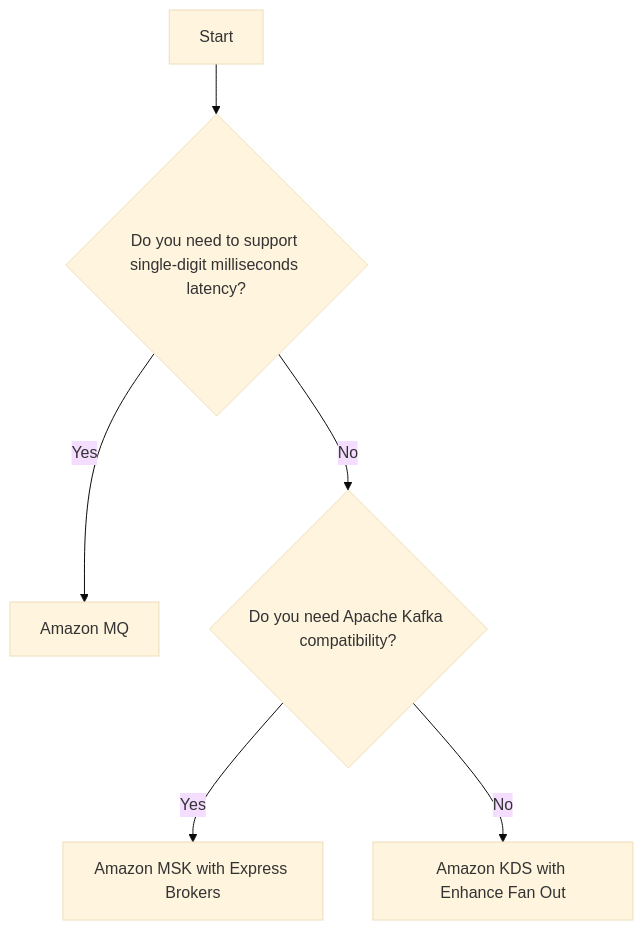
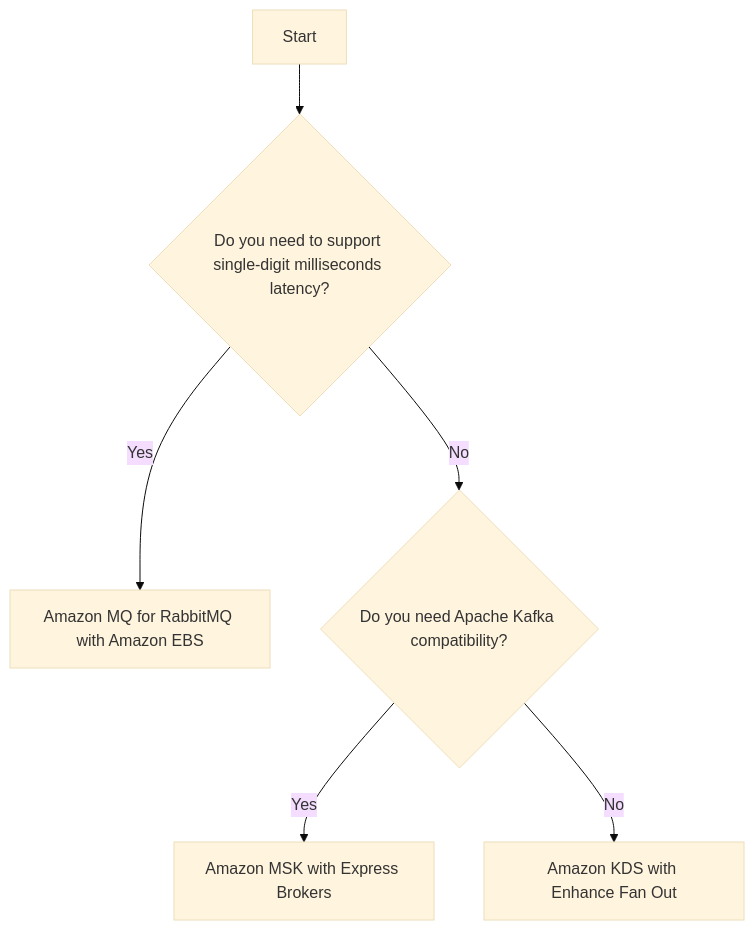
Before and after one commit to ivamax9/aws-decision-trees-low-latency-workloads: the diagram in 6.application_integration.md, drawn with Mermaid (base theme).

````diff
--- a/6.application_integration.md
+++ b/6.application_integration.md
@@ -5,11 +5,11 @@
 ```mermaid
 graph TD
     A[Start] --> B{Do you need to support single-digit milliseconds latency?}
-    B --> |Yes| B1[Amazon MQ]
-                click B1 "https://docs.aws.amazon.com/amazon-mq/latest/migration-guide/concept-chapter-about.html"
+    B --> |Yes| B1[Amazon MQ for RabbitMQ with Amazon EBS]
+                click B1 "[https://docs.aws.amazon.com/amazon-mq/latest/migration-guide/concept-chapter-about.html](https://docs.aws.amazon.com/amazon-mq/latest/developer-guide/rabbitmq-broker-architecture.html)"
     B --> |No| B2{Do you need Apache Kafka compatibility?}
     B2 --> |Yes| C1[Amazon MSK with Express Brokers]
                 click C1 "https://aws.amazon.com/blogs/aws/introducing-express-brokers-for-amazon-msk-to-deliver-high-throughput-and-faster-scaling-for-your-kafka-clusters/"
     B2 --> |No| C2[Amazon KDS with Enhance Fan Out]
                 click C2 "https://aws.amazon.com/kinesis/data-streams/features/"
 ```
````
